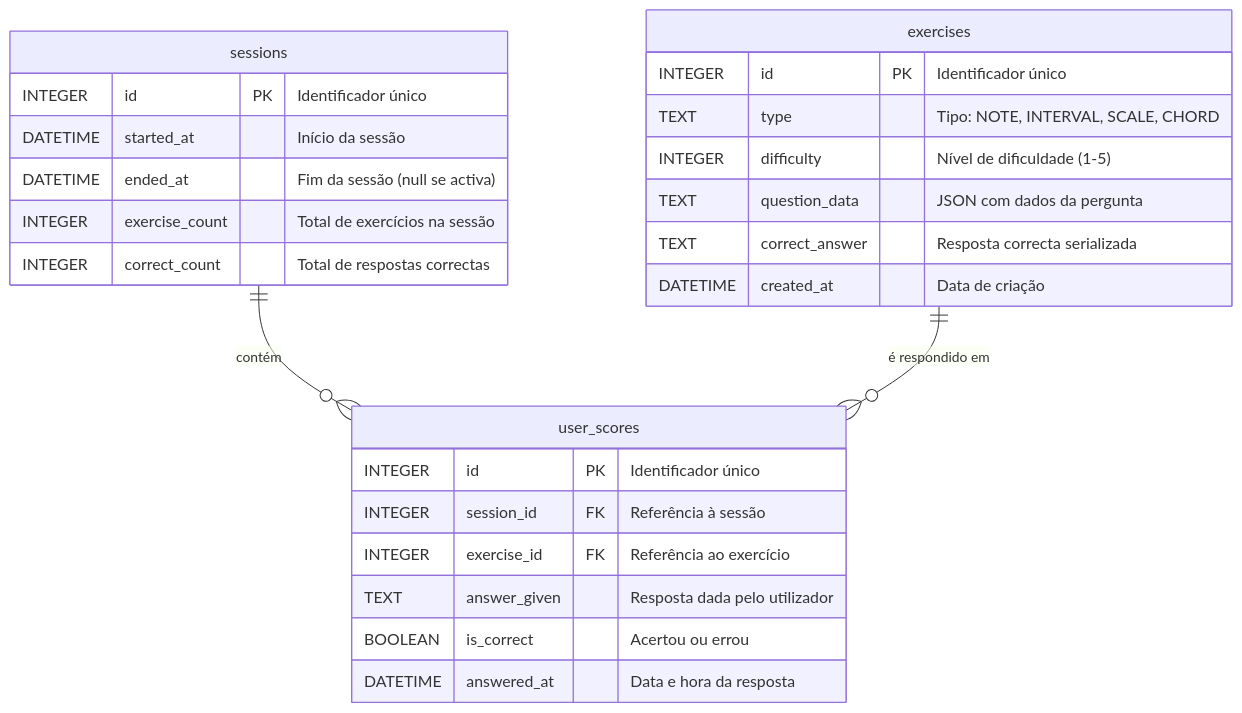
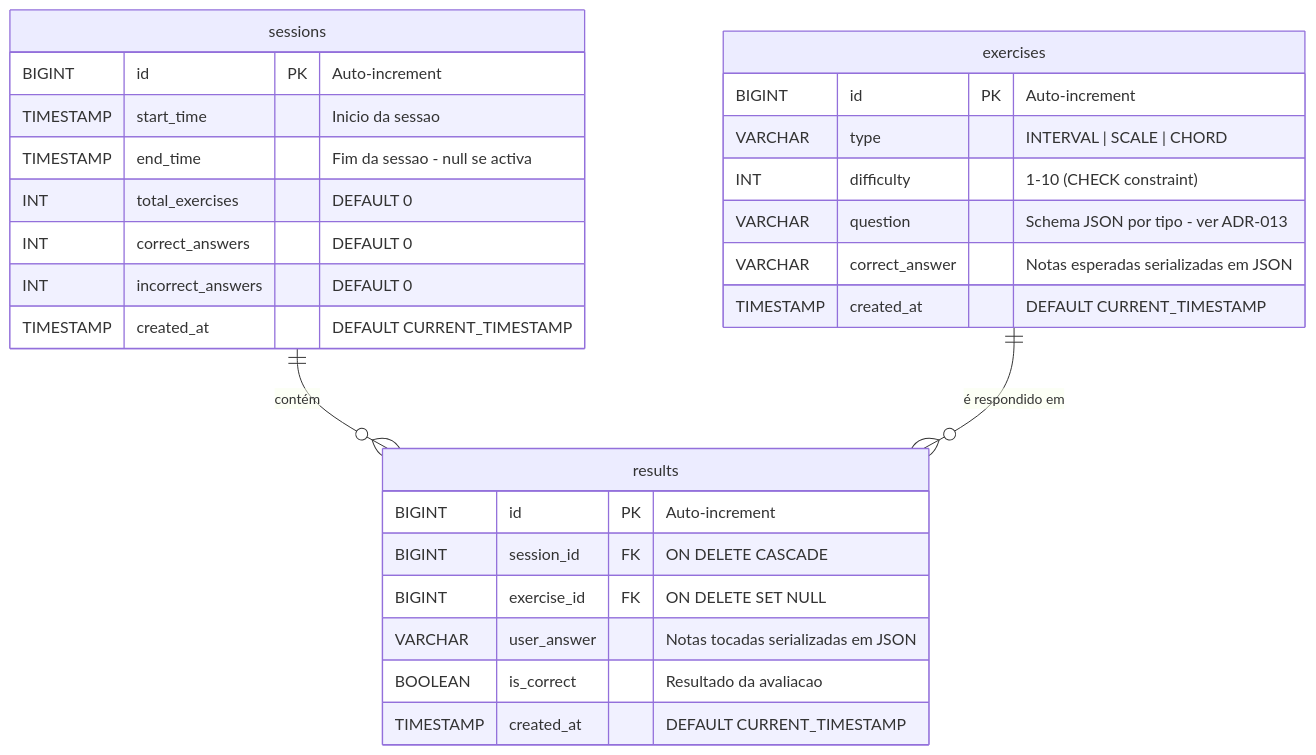
The diagram in docs/architecture/data-model.mmd (jrzabott/21184-ProjetoLEI), drawn with Mermaid before and after one commit. The commit also changed 2 other files, not shown here.

Commit message:
docs(data-model): corrigir modelo ER — nomes de tabela e colunas desalinhados com schema.sql
O diagrama data-model.mmd tinha 5 inconsistencias face ao schema.sql real:

- Tabela user_scores renomeada para results (nome correcto na BD desde o inicio)
- Tipos de exercicio: removido NOTE que nunca foi implementado; so existem INTERVAL, SCALE, CHORD
- Range de dificuldade: corrigido de 1-5 para 1-10 (CHECK constraint real no schema)
- Colunas em sessions: exercise_count → total_exercises, correct_count → correct_answers;
  adicionado incorrect_answers e created_at que estavam omitidos do diagrama
- Colunas em results: answer_given → user_answer, answered_at → created_at

Diagrama regenerado a 4x scale via @mermaid-js/mermaid-cli para melhor qualidade de impressao.
Adicionado data-model.svg em formato vector — sem perda de qualidade ao fazer zoom.

```diff
--- a/docs/architecture/data-model.mmd
+++ b/docs/architecture/data-model.mmd
@@ -1,29 +1,31 @@
 erDiagram
     exercises {
-        INTEGER id PK "Identificador único"
-        TEXT type "Tipo: NOTE, INTERVAL, SCALE, CHORD"
-        INTEGER difficulty "Nível de dificuldade (1-5)"
-        TEXT question_data "JSON com dados da pergunta"
-        TEXT correct_answer "Resposta correcta serializada"
-        DATETIME created_at "Data de criação"
+        BIGINT id PK "Auto-increment"
+        VARCHAR type "INTERVAL | SCALE | CHORD"
+        INT difficulty "1-10 (CHECK constraint)"
+        VARCHAR question "Schema JSON por tipo - ver ADR-013"
+        VARCHAR correct_answer "Notas esperadas serializadas em JSON"
+        TIMESTAMP created_at "DEFAULT CURRENT_TIMESTAMP"
     }
 
     sessions {
-        INTEGER id PK "Identificador único"
-        DATETIME started_at "Início da sessão"
-        DATETIME ended_at "Fim da sessão (null se activa)"
-        INTEGER exercise_count "Total de exercícios na sessão"
-        INTEGER correct_count "Total de respostas correctas"
+        BIGINT id PK "Auto-increment"
+        TIMESTAMP start_time "Inicio da sessao"
+        TIMESTAMP end_time "Fim da sessao - null se activa"
+        INT total_exercises "DEFAULT 0"
+        INT correct_answers "DEFAULT 0"
+        INT incorrect_answers "DEFAULT 0"
+        TIMESTAMP created_at "DEFAULT CURRENT_TIMESTAMP"
     }
 
-    user_scores {
-        INTEGER id PK "Identificador único"
-        INTEGER session_id FK "Referência à sessão"
-        INTEGER exercise_id FK "Referência ao exercício"
-        TEXT answer_given "Resposta dada pelo utilizador"
-        BOOLEAN is_correct "Acertou ou errou"
-        DATETIME answered_at "Data e hora da resposta"
+    results {
+        BIGINT id PK "Auto-increment"
+        BIGINT session_id FK "ON DELETE CASCADE"
+        BIGINT exercise_id FK "ON DELETE SET NULL"
+        VARCHAR user_answer "Notas tocadas serializadas em JSON"
+        BOOLEAN is_correct "Resultado da avaliacao"
+        TIMESTAMP created_at "DEFAULT CURRENT_TIMESTAMP"
     }
 
-    sessions ||--o{ user_scores : "contém"
-    exercises ||--o{ user_scores : "é respondido em"
+    sessions ||--o{ results : "contém"
+    exercises ||--o{ results : "é respondido em"
```
